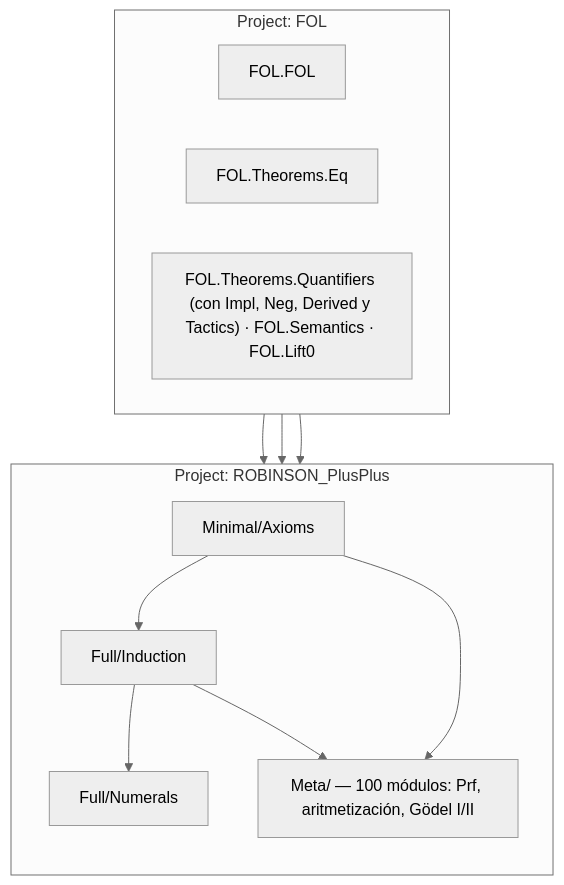
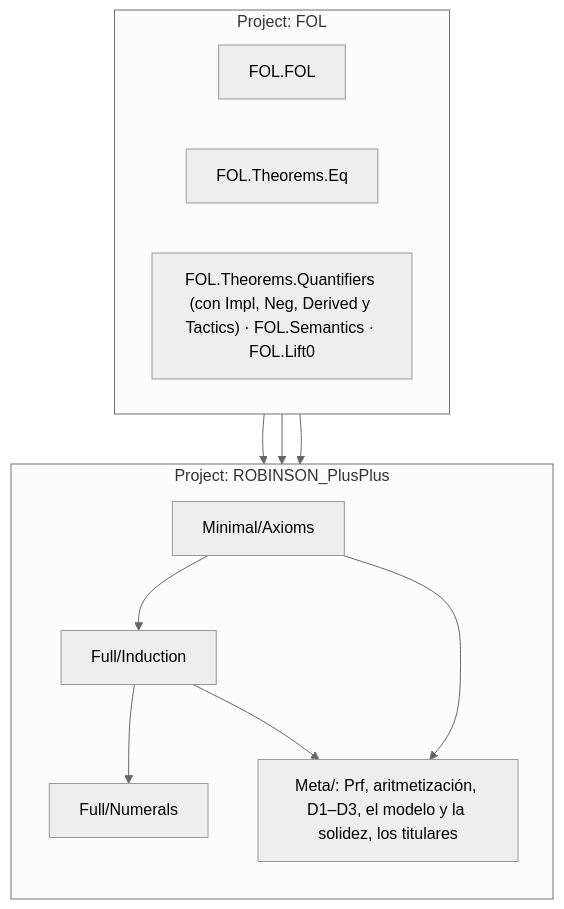
The diagram in REFERENCE.md (julian1c2a/ROBINSON_PlusPlus), drawn with Mermaid (neutral theme) before and after one commit. The commit also changed other lines of this file and 6 other files, not shown here.

````diff
--- a/REFERENCE.md
+++ b/REFERENCE.md
@@ -281,25 +289,25 @@
 ```mermaid
 graph TD
     subgraph FOL ["Project: FOL"]
         direction LR
         FOL_FOL["FOL.FOL"]
         FOL_Eq["FOL.Theorems.Eq"]
         FOL_Th["FOL.Theorems.Quantifiers (con Impl, Neg, Derived y Tactics) · FOL.Semantics · FOL.Lift0"]
     end
 
     subgraph RPP ["Project: ROBINSON_PlusPlus"]
         direction TB
         Axioms["Minimal/Axioms"]
         Induction["Full/Induction"]
         Numerals["Full/Numerals"]
-        Meta["Meta/ — 100 módulos: Prf, aritmetización, Gödel I/II"]
+        Meta["Meta/: Prf, aritmetización, D1–D3, el modelo y la solidez, los titulares"]
     end
 
     FOL_FOL --> Axioms
     FOL_Eq --> Axioms
     Axioms --> Induction
     FOL_Th --> Induction
     Induction --> Numerals
     Induction --> Meta
     Axioms --> Meta
 ```
````
